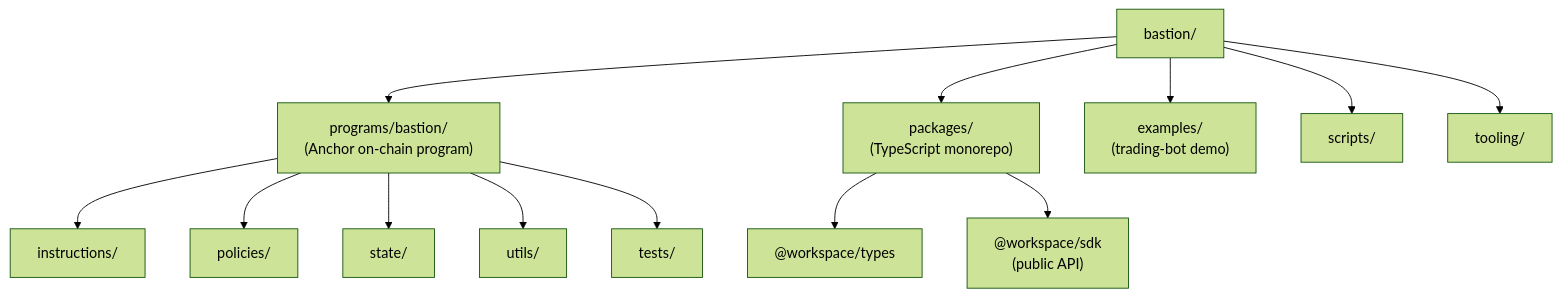
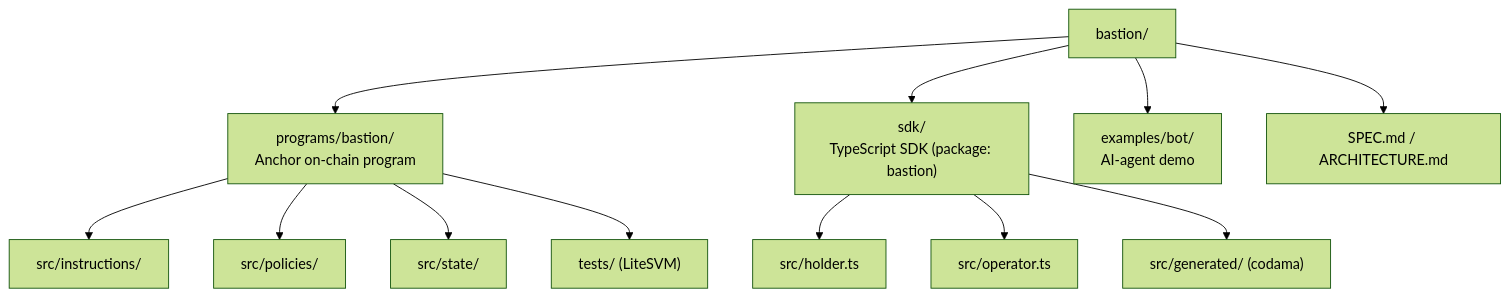
One commit to rit3sh-x/bastion changed the second of 2 diagrams in README.md. Above: the diagram before and after it, drawn with Mermaid (forest theme). The commit also changed other lines of this file and 65 other files, not shown here.

````diff
--- a/README.md
+++ b/README.md
@@ -42,19 +55,17 @@
 ```mermaid
 flowchart TD
     Root["bastion/"]
+    Root --> Program["programs/bastion/<br/>Anchor on-chain program"]
+    Root --> SDK["sdk/<br/>TypeScript SDK (package: bastion)"]
+    Root --> Examples["examples/bot/<br/>AI-agent demo"]
+    Root --> Docs["SPEC.md / ARCHITECTURE.md"]
 
-    Root --> Program["programs/bastion/<br/>(Anchor on-chain program)"]
-    Root --> Packages["packages/<br/>(TypeScript monorepo)"]
-    Root --> Examples["examples/<br/>(trading-bot demo)"]
-    Root --> Scripts["scripts/"]
-    Root --> Tooling["tooling/"]
+    Program --> ProgInstr["src/instructions/"]
+    Program --> ProgPol["src/policies/"]
+    Program --> ProgState["src/state/"]
+    Program --> ProgTests["tests/ (LiteSVM)"]
 
-    Packages --> Types["@workspace/types"]
-    Packages --> SDK["@workspace/sdk<br/>(public API)"]
-
-    Program --> ProgInstr["instructions/"]
-    Program --> ProgPol["policies/"]
-    Program --> ProgState["state/"]
-    Program --> ProgUtils["utils/"]
-    Program --> ProgTests["tests/"]
+    SDK --> Holder["src/holder.ts"]
+    SDK --> Operator["src/operator.ts"]
+    SDK --> Gen["src/generated/ (codama)"]
 ```
````
